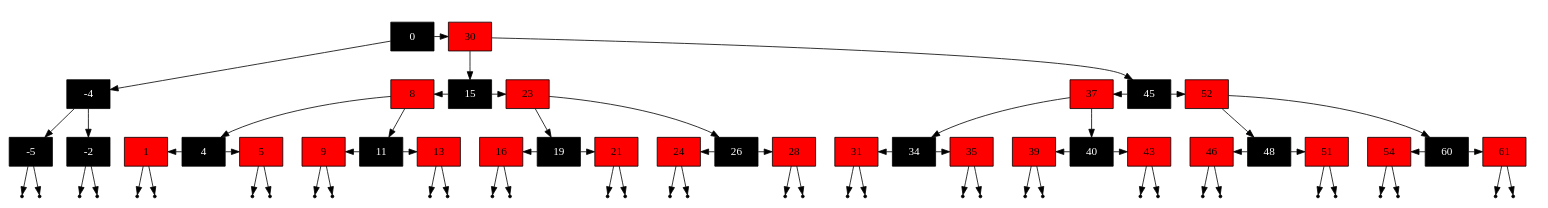
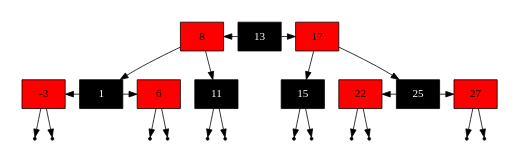
The diagram in Gevorderde algoritmen/Labo/1. Rood-zwarte bomen/Rood-zwarte bomen/1-234.dot (Lentosy/Master-Informatica), drawn with Graphviz before and after one commit. The commit also changed 5 other files, not shown here.

```diff
--- a/Gevorderde algoritmen/Labo/1. Rood-zwarte bomen/Rood-zwarte bomen/1-234.dot
+++ b/Gevorderde algoritmen/Labo/1. Rood-zwarte bomen/Rood-zwarte bomen/1-234.dot
@@ -1,188 +1,60 @@
 digraph {
 node[shape=rectangle]
-"0"[label="0"][style=filled][fillcolor=black][fontcolor=white];
-"-4"[label="-4"][style=filled][fillcolor=black][fontcolor=white];
-"-5"[label="-5"][style=filled][fillcolor=black][fontcolor=white];
+"13"[label="13"][style=filled][fillcolor=black][fontcolor=white];
+"8"[label="8"][style=filled][fillcolor=red][fontcolor=black];
+"1"[label="1"][style=filled][fillcolor=black][fontcolor=white];
+"-3"[label="-3"][style=filled][fillcolor=red][fontcolor=black];
 null1 [shape=point];
 null2 [shape=point];
-"-5" -> null1
-"-5" -> null2
-"-2"[label="-2"][style=filled][fillcolor=black][fontcolor=white];
+"-3" -> null1
+"-3" -> null2
+"6"[label="6"][style=filled][fillcolor=red][fontcolor=black];
 null3 [shape=point];
 null4 [shape=point];
-"-2" -> null3
-"-2" -> null4
-"-4" -> "-5";
-"-4" -> "-2";
-"30"[label="30"][style=filled][fillcolor=red][fontcolor=black];
-"15"[label="15"][style=filled][fillcolor=black][fontcolor=white];
-"8"[label="8"][style=filled][fillcolor=red][fontcolor=black];
-"4"[label="4"][style=filled][fillcolor=black][fontcolor=white];
-"1"[label="1"][style=filled][fillcolor=red][fontcolor=black];
-null5 [shape=point];
-null6 [shape=point];
-"1" -> null5
-"1" -> null6
-"5"[label="5"][style=filled][fillcolor=red][fontcolor=black];
-null7 [shape=point];
-null8 [shape=point];
-"5" -> null7
-"5" -> null8
+"6" -> null3
+"6" -> null4
 subgraph cluster_1 {
-   { rank="same"; "1" , "5" , "4"}
-   "1" ->"4"[dir=back];
-   "4" -> "5";
+   { rank="same"; "-3" , "6" , "1"}
+   "-3" ->"1"[dir=back];
+   "1" -> "6";
 color=white
 }
 "11"[label="11"][style=filled][fillcolor=black][fontcolor=white];
-"9"[label="9"][style=filled][fillcolor=red][fontcolor=black];
+null5 [shape=point];
+null6 [shape=point];
+"11" -> null5
+"11" -> null6
+"8" -> "1";
+"8" -> "11";
+"17"[label="17"][style=filled][fillcolor=red][fontcolor=black];
+"15"[label="15"][style=filled][fillcolor=black][fontcolor=white];
+null7 [shape=point];
+null8 [shape=point];
+"15" -> null7
+"15" -> null8
+"25"[label="25"][style=filled][fillcolor=black][fontcolor=white];
+"22"[label="22"][style=filled][fillcolor=red][fontcolor=black];
 null9 [shape=point];
 null10 [shape=point];
-"9" -> null9
-"9" -> null10
-"13"[label="13"][style=filled][fillcolor=red][fontcolor=black];
+"22" -> null9
+"22" -> null10
+"27"[label="27"][style=filled][fillcolor=red][fontcolor=black];
 null11 [shape=point];
 null12 [shape=point];
-"13" -> null11
-"13" -> null12
+"27" -> null11
+"27" -> null12
 subgraph cluster_2 {
-   { rank="same"; "9" , "13" , "11"}
-   "9" ->"11"[dir=back];
-   "11" -> "13";
+   { rank="same"; "22" , "27" , "25"}
+   "22" ->"25"[dir=back];
+   "25" -> "27";
 color=white
 }
-"8" -> "4";
-"8" -> "11";
-"23"[label="23"][style=filled][fillcolor=red][fontcolor=black];
-"19"[label="19"][style=filled][fillcolor=black][fontcolor=white];
-"16"[label="16"][style=filled][fillcolor=red][fontcolor=black];
-null13 [shape=point];
-null14 [shape=point];
-"16" -> null13
-"16" -> null14
-"21"[label="21"][style=filled][fillcolor=red][fontcolor=black];
-null15 [shape=point];
-null16 [shape=point];
-"21" -> null15
-"21" -> null16
+"17" -> "15";
+"17" -> "25";
 subgraph cluster_3 {
-   { rank="same"; "16" , "21" , "19"}
-   "16" ->"19"[dir=back];
-   "19" -> "21";
+   { rank="same"; "8" , "17" , "13"}
+   "8" ->"13"[dir=back];
+   "13" -> "17";
 color=white
 }
-"26"[label="26"][style=filled][fillcolor=black][fontcolor=white];
-"24"[label="24"][style=filled][fillcolor=red][fontcolor=black];
-null17 [shape=point];
-null18 [shape=point];
-"24" -> null17
-"24" -> null18
-"28"[label="28"][style=filled][fillcolor=red][fontcolor=black];
-null19 [shape=point];
-null20 [shape=point];
-"28" -> null19
-"28" -> null20
-subgraph cluster_4 {
-   { rank="same"; "24" , "28" , "26"}
-   "24" ->"26"[dir=back];
-   "26" -> "28";
-color=white
 }
-"23" -> "19";
-"23" -> "26";
-subgraph cluster_5 {
-   { rank="same"; "8" , "23" , "15"}
-   "8" ->"15"[dir=back];
-   "15" -> "23";
-color=white
-}
-"45"[label="45"][style=filled][fillcolor=black][fontcolor=white];
-"37"[label="37"][style=filled][fillcolor=red][fontcolor=black];
-"34"[label="34"][style=filled][fillcolor=black][fontcolor=white];
-"31"[label="31"][style=filled][fillcolor=red][fontcolor=black];
-null21 [shape=point];
-null22 [shape=point];
-"31" -> null21
-"31" -> null22
-"35"[label="35"][style=filled][fillcolor=red][fontcolor=black];
-null23 [shape=point];
-null24 [shape=point];
-"35" -> null23
-"35" -> null24
-subgraph cluster_6 {
-   { rank="same"; "31" , "35" , "34"}
-   "31" ->"34"[dir=back];
-   "34" -> "35";
-color=white
-}
-"40"[label="40"][style=filled][fillcolor=black][fontcolor=white];
-"39"[label="39"][style=filled][fillcolor=red][fontcolor=black];
-null25 [shape=point];
-null26 [shape=point];
-"39" -> null25
-"39" -> null26
-"43"[label="43"][style=filled][fillcolor=red][fontcolor=black];
-null27 [shape=point];
-null28 [shape=point];
-"43" -> null27
-"43" -> null28
-subgraph cluster_7 {
-   { rank="same"; "39" , "43" , "40"}
-   "39" ->"40"[dir=back];
-   "40" -> "43";
-color=white
-}
-"37" -> "34";
-"37" -> "40";
-"52"[label="52"][style=filled][fillcolor=red][fontcolor=black];
-"48"[label="48"][style=filled][fillcolor=black][fontcolor=white];
-"46"[label="46"][style=filled][fillcolor=red][fontcolor=black];
-null29 [shape=point];
-null30 [shape=point];
-"46" -> null29
-"46" -> null30
-"51"[label="51"][style=filled][fillcolor=red][fontcolor=black];
-null31 [shape=point];
-null32 [shape=point];
-"51" -> null31
-"51" -> null32
-subgraph cluster_8 {
-   { rank="same"; "46" , "51" , "48"}
-   "46" ->"48"[dir=back];
-   "48" -> "51";
-color=white
-}
-"60"[label="60"][style=filled][fillcolor=black][fontcolor=white];
-"54"[label="54"][style=filled][fillcolor=red][fontcolor=black];
-null33 [shape=point];
-null34 [shape=point];
-"54" -> null33
-"54" -> null34
-"61"[label="61"][style=filled][fillcolor=red][fontcolor=black];
-null35 [shape=point];
-null36 [shape=point];
-"61" -> null35
-"61" -> null36
-subgraph cluster_9 {
-   { rank="same"; "54" , "61" , "60"}
-   "54" ->"60"[dir=back];
-   "60" -> "61";
-color=white
-}
-"52" -> "48";
-"52" -> "60";
-subgraph cluster_10 {
-   { rank="same"; "37" , "52" , "45"}
-   "37" ->"45"[dir=back];
-   "45" -> "52";
-color=white
-}
-"30" -> "15";
-"30" -> "45";
-subgraph cluster_11 {
-   { rank="same"; "30" , "0"}
-   "0" -> "30";
-color=white
-}
-"0" -> "-4";
-}
```
